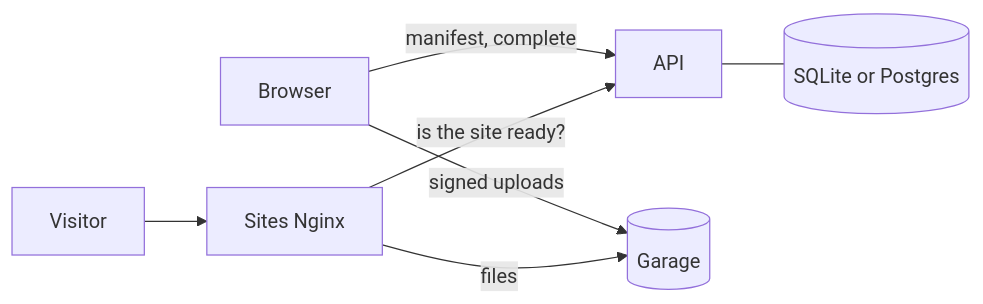
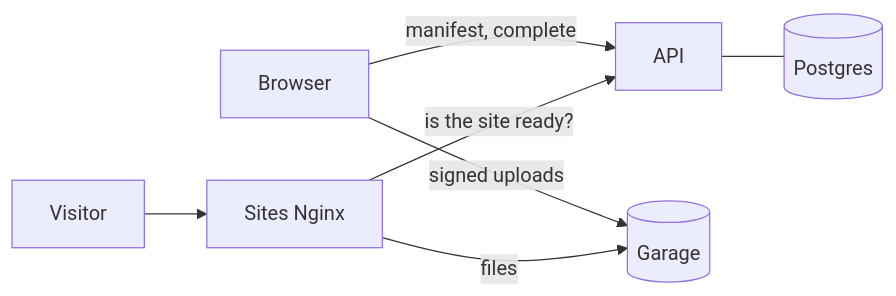
The diagram in README.md (whyredfire/redoost), drawn with Mermaid before and after one commit. The commit also changed other lines of this file and 30 other files, not shown here.

Commit message:
refactor: Drop SQLite and run on Postgres only

````diff
--- a/README.md
+++ b/README.md
@@ -42,9 +42,9 @@
 ```mermaid
 flowchart LR
     browser[Browser] -->|manifest, complete| api[API]
     browser -->|signed uploads| garage[(Garage)]
     visitor[Visitor] --> sites[Sites Nginx]
     sites -->|is the site ready?| api
     sites -->|files| garage
-    api --- db[(SQLite or Postgres)]
+    api --- db[(Postgres)]
 ```
````
